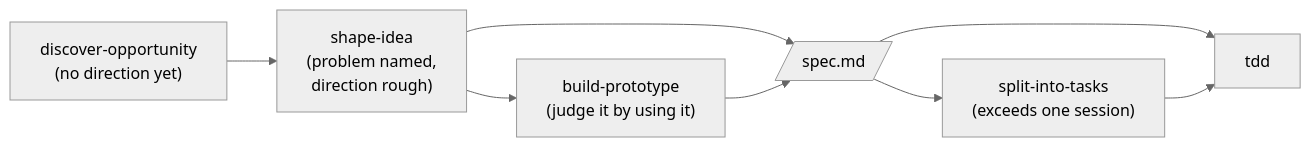
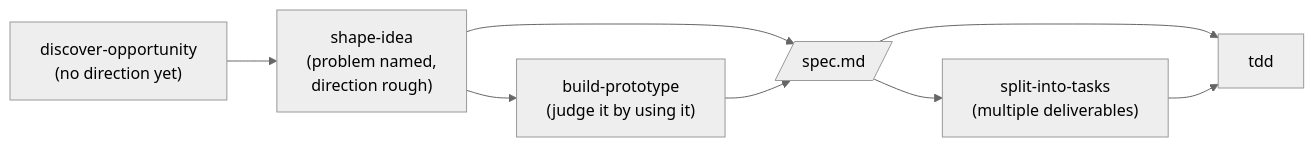
The diagram in README.md (toy-crane/skills), drawn with Mermaid (neutral theme) before and after one commit. The commit also changed other lines of this file and 6 other files, not shown here.

````diff
--- a/README.md
+++ b/README.md
@@ -46,10 +46,10 @@
 ```mermaid
 flowchart LR
     DO["discover-opportunity<br/>(no direction yet)"] --> SI["shape-idea<br/>(problem named,<br/>direction rough)"]
     SI --> BP["build-prototype<br/>(judge it by using it)"]
     SI --> SPEC[/spec.md/]
     BP --> SPEC
-    SPEC --> ST["split-into-tasks<br/>(exceeds one session)"]
+    SPEC --> ST["split-into-tasks<br/>(multiple deliverables)"]
     SPEC --> TDD[tdd]
     ST --> TDD
 ```
````
